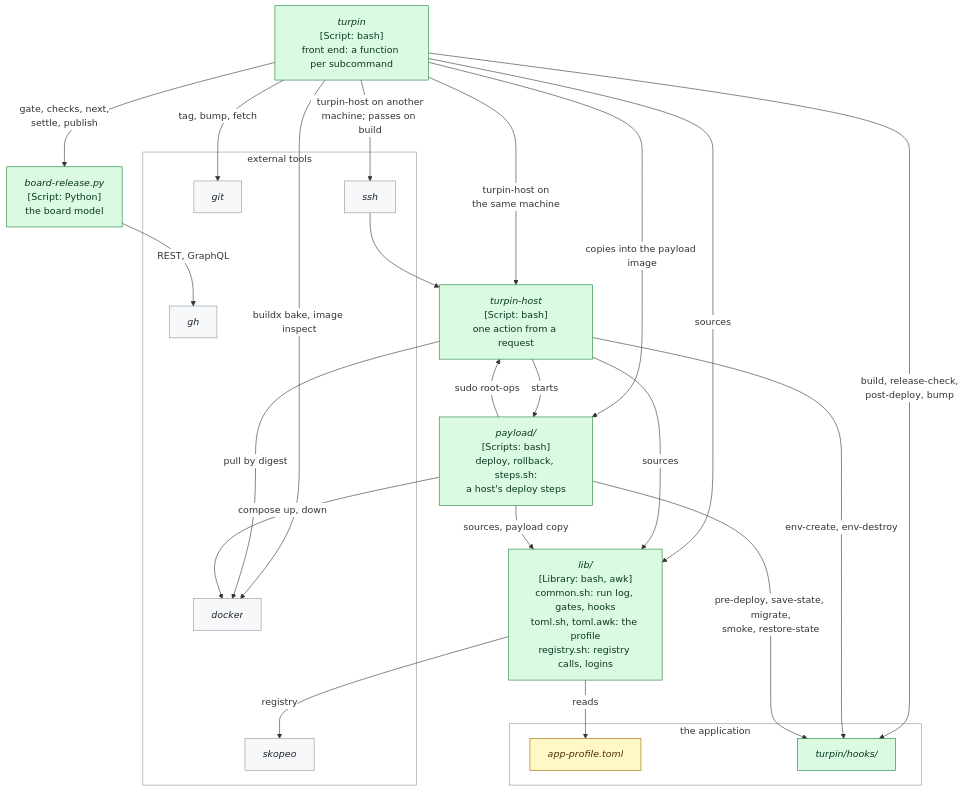
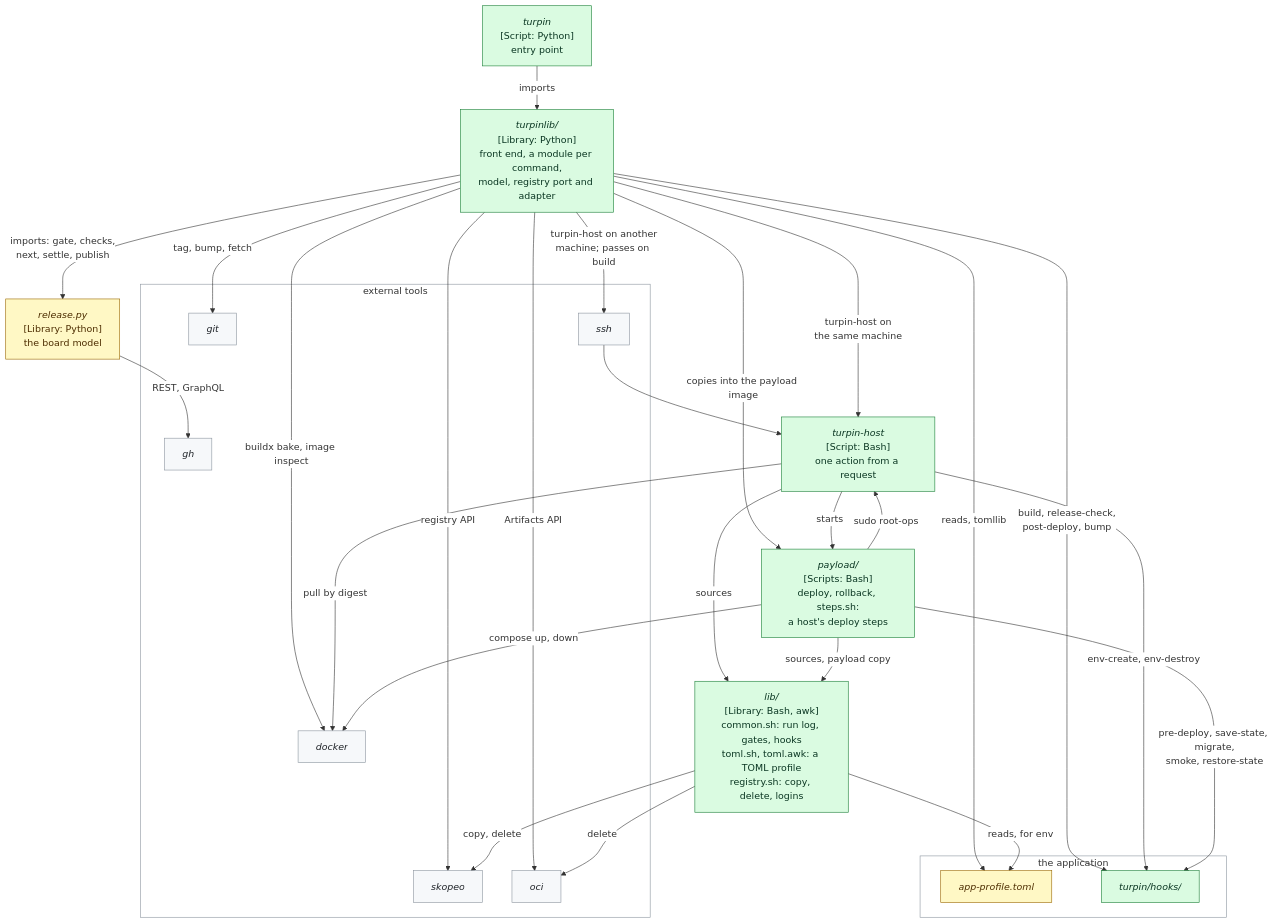
The eighth of 10 diagrams in records/2.5-changes/programme-tooling/117-generic-deliver-tool/design.md (delphside/programme), drawn with Mermaid before and after one commit. The commit also changed other lines of this file, not shown here.

First line of the commit message:
Change 117: Python controller and the layered OCIR adapter (draft)

````diff
--- a/records/2.5-changes/programme-tooling/117-generic-deliver-tool/design.md
+++ b/records/2.5-changes/programme-tooling/117-generic-deliver-tool/design.md
@@ -918,46 +1094,52 @@
 ```mermaid
 %%{init: {"themeVariables": {"clusterBkg": "#ffffff", "clusterBorder": "#8c959f", "edgeLabelBackground": "#ffffff"}}}%%
 flowchart TB
-  DLV["<i>turpin</i><br>[Script: bash]<br>front end: a function per subcommand"]
-  DH["<i>turpin-host</i><br>[Script: bash]<br>one action from a request"]
-  LIB["<i>lib/</i><br>[Library: bash, awk]<br>common.sh: run log, gates, hooks<br>toml.sh, toml.awk: the profile<br>registry.sh: registry calls, logins"]
-  PAY["<i>payload/</i><br>[Scripts: bash]<br>deploy, rollback, steps.sh:<br>a host's deploy steps"]
-  BR["<i>board-release.py</i><br>[Script: Python]<br>the board model"]
+  DLV["<i>turpin</i><br>[Script: Python]<br>entry point"]
+  PKG["<i>turpinlib/</i><br>[Library: Python]<br>front end, a module per command,<br>model, registry port and adapter"]
+  DH["<i>turpin-host</i><br>[Script: Bash]<br>one action from a request"]
+  LIB["<i>lib/</i><br>[Library: Bash, awk]<br>common.sh: run log, gates, hooks<br>toml.sh, toml.awk: a TOML profile<br>registry.sh: copy, delete, logins"]
+  PAY["<i>payload/</i><br>[Scripts: Bash]<br>deploy, rollback, steps.sh:<br>a host's deploy steps"]
+  BR["<i>release.py</i><br>[Library: Python]<br>the board model"]
   subgraph APP["the application"]
     PROF["<i>app-profile.toml</i>"]
     HOOKS["<i>turpin/hooks/</i>"]
   end
   subgraph EXT["external tools"]
     SKO["<i>skopeo</i>"]
+    OCIX["<i>oci</i>"]
     DOCK["<i>docker</i>"]
     GITX["<i>git</i>"]
     GHX["<i>gh</i>"]
     SSHX["<i>ssh</i>"]
   end
-  DLV -->|sources| LIB
+  DLV -->|imports| PKG
+  PKG -->|reads, tomllib| PROF
+  PKG -->|registry API| SKO
+  PKG -->|Artifacts API| OCIX
+  PKG -->|imports: gate, checks,<br>next, settle, publish| BR
+  BR -->|REST, GraphQL| GHX
+  PKG -->|tag, bump, fetch| GITX
+  PKG -->|turpin-host on another<br>machine; passes on build| SSHX
+  SSHX --> DH
+  PKG -->|turpin-host on<br>the same machine| DH
+  PKG -->|build, release-check,<br>post-deploy, bump| HOOKS
+  PKG -->|copies into the payload image| PAY
+  PKG -->|buildx bake, image inspect| DOCK
   DH -->|sources| LIB
-  LIB -->|reads| PROF
-  LIB -->|registry| SKO
-  DLV -->|gate, checks, next,<br>settle, publish| BR
-  BR -->|REST, GraphQL| GHX
-  DLV -->|tag, bump, fetch| GITX
-  DLV -->|turpin-host on another<br>machine; passes on build| SSHX
-  SSHX --> DH
-  DLV -->|turpin-host on<br>the same machine| DH
-  DLV -->|build, release-check,<br>post-deploy, bump| HOOKS
-  DLV -->|copies into the payload image| PAY
-  DLV -->|buildx bake, image inspect| DOCK
+  LIB -->|reads, for env| PROF
+  LIB -->|copy, delete| SKO
+  LIB -->|delete| OCIX
   PAY -->|sources, payload copy| LIB
   DH -->|env-create, env-destroy| HOOKS
   DH -->|starts| PAY
   DH -->|pull by digest| DOCK
   PAY -->|pre-deploy, save-state, migrate,<br>smoke, restore-state| HOOKS
   PAY -->|compose up, down| DOCK
   PAY -->|sudo root-ops| DH
   classDef unchanged    fill:#f6f8fa,stroke:#8c959f,color:#1f2328
   classDef new          fill:#dafbe1,stroke:#1a7f37,color:#0a3622
   classDef changed      fill:#fff8c5,stroke:#9a6700,color:#4d2d00
-  class DLV,DH,LIB,PAY,BR,HOOKS new
-  class PROF changed
-  class SKO,DOCK,GITX,GHX,SSHX unchanged
+  class DLV,PKG,DH,LIB,PAY,HOOKS new
+  class PROF,BR changed
+  class SKO,OCIX,DOCK,GITX,GHX,SSHX unchanged
 ```
````
